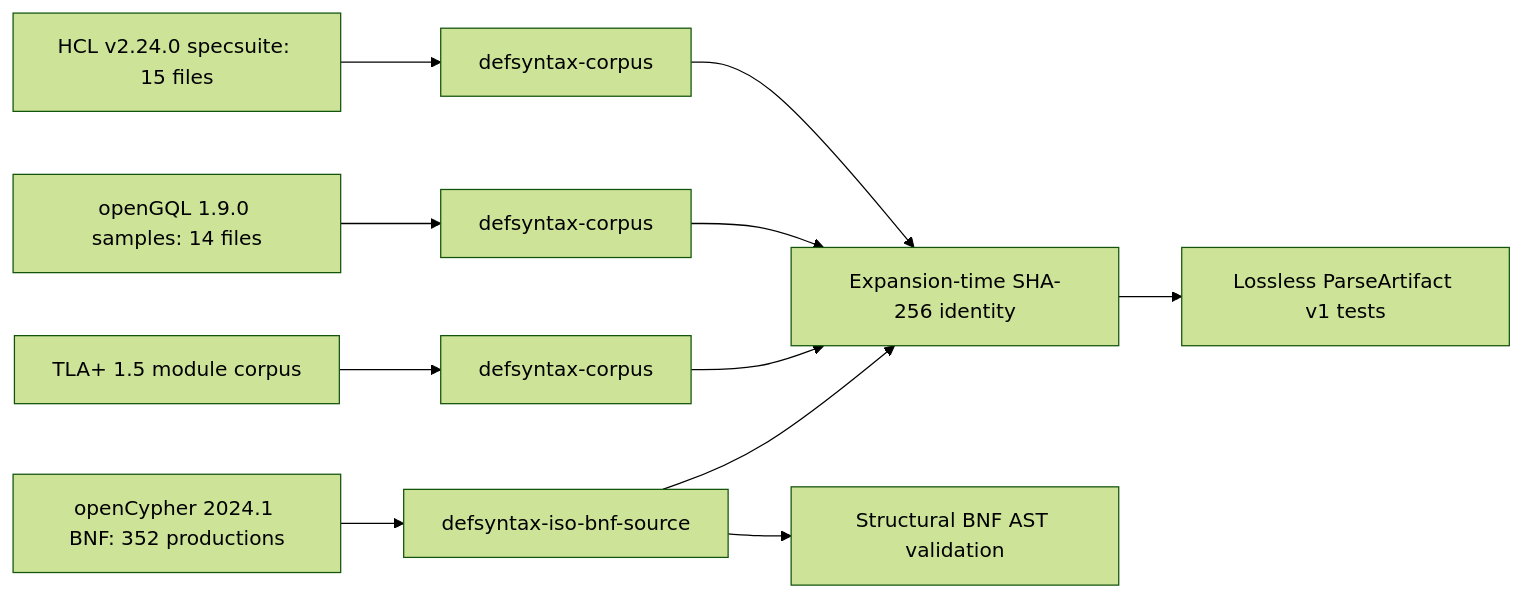
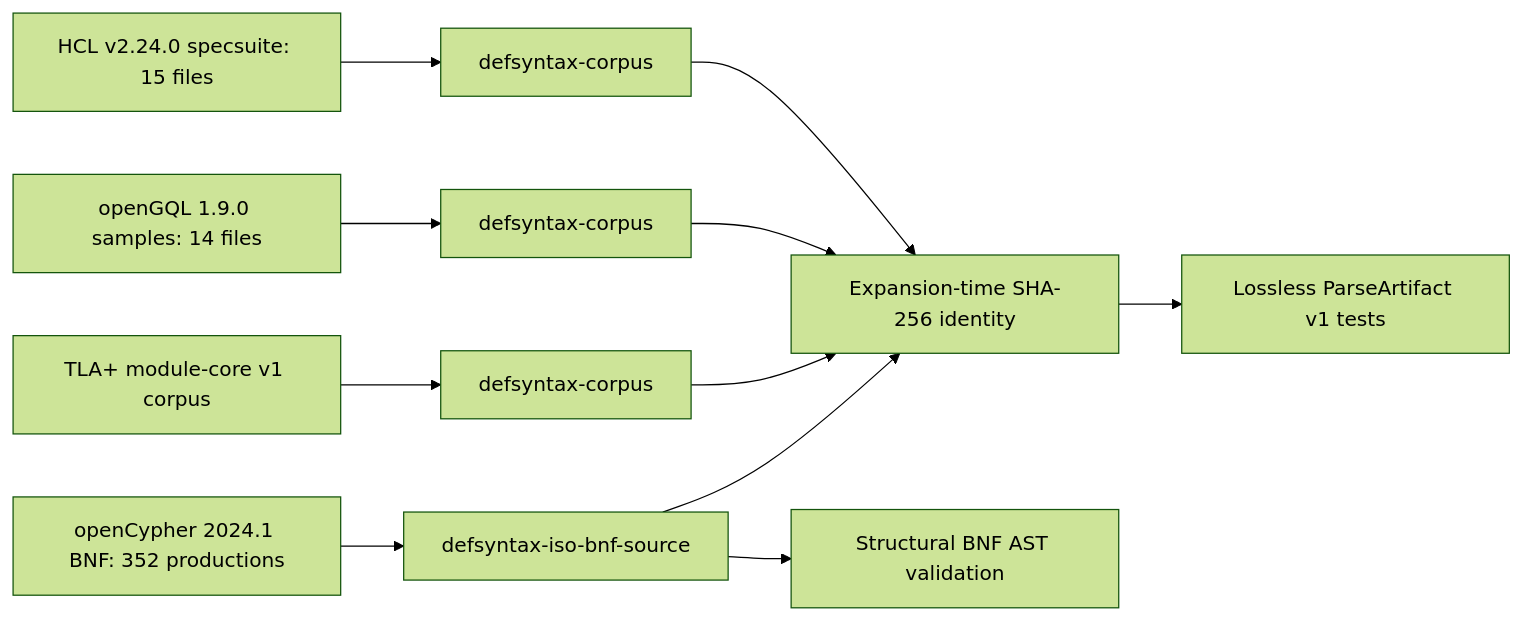
The diagram in docs/audit/upstream-corpus-provenance.org (tao3k/gerbil-parser), drawn with Mermaid (forest theme) before and after one commit. The commit also changed other lines of this file and 13 other files, not shown here.

```diff
--- a/docs/audit/upstream-corpus-provenance.org
+++ b/docs/audit/upstream-corpus-provenance.org
@@ -28,13 +32,13 @@
 #+begin_src mermaid
 flowchart LR
   H[HCL v2.24.0 specsuite: 15 files] --> HM[defsyntax-corpus]
   G[openGQL 1.9.0 samples: 14 files] --> GM[defsyntax-corpus]
   C[openCypher 2024.1 BNF: 352 productions] --> CM[defsyntax-iso-bnf-source]
-  T[TLA+ 1.5 module corpus] --> TM[defsyntax-corpus]
+  T[TLA+ module-core v1 corpus] --> TM[defsyntax-corpus]
   HM --> D[Expansion-time SHA-256 identity]
   GM --> D
   TM --> D
   CM --> D
   CM --> B[Structural BNF AST validation]
   D --> P[Lossless ParseArtifact v1 tests]
 #+end_src
```
